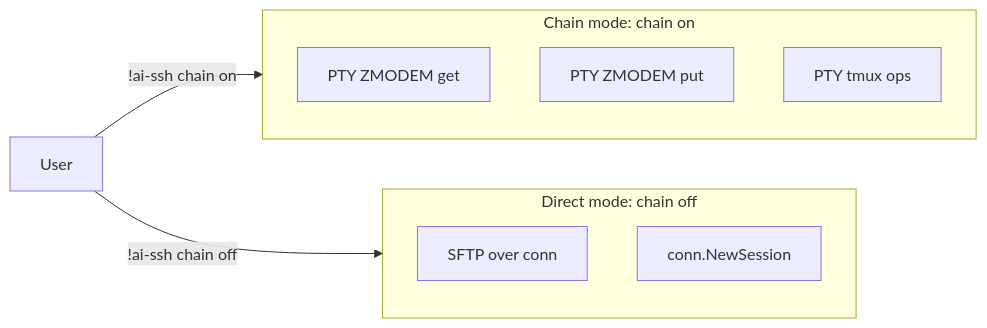
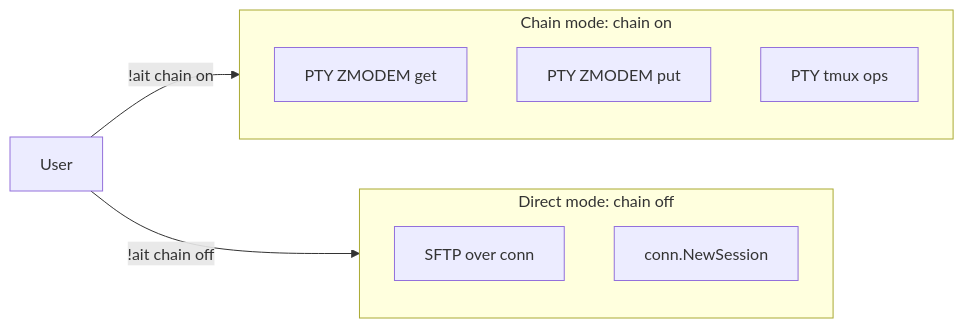
One commit to os-artificer/AiT changed the eighth of 8 diagrams in docs/design.md. Above: the diagram before and after it, drawn with Mermaid. The commit also changed other lines of this file and 386 other files, not shown here.

````diff
--- a/docs/design.md
+++ b/docs/design.md
@@ -521,14 +521,14 @@
 ```mermaid
 flowchart LR
   subgraph direct [Direct mode: chain off]
     SFTP[SFTP over conn]
     Session[conn.NewSession]
   end
   subgraph chain [Chain mode: chain on]
     PTYGet[PTY ZMODEM get]
     PTYPut[PTY ZMODEM put]
     PTYTmux[PTY tmux ops]
   end
-  User[User] -->|!ai-ssh chain on| chain
-  User -->|!ai-ssh chain off| direct
+  User[User] -->|!ait chain on| chain
+  User -->|!ait chain off| direct
 ```
````
